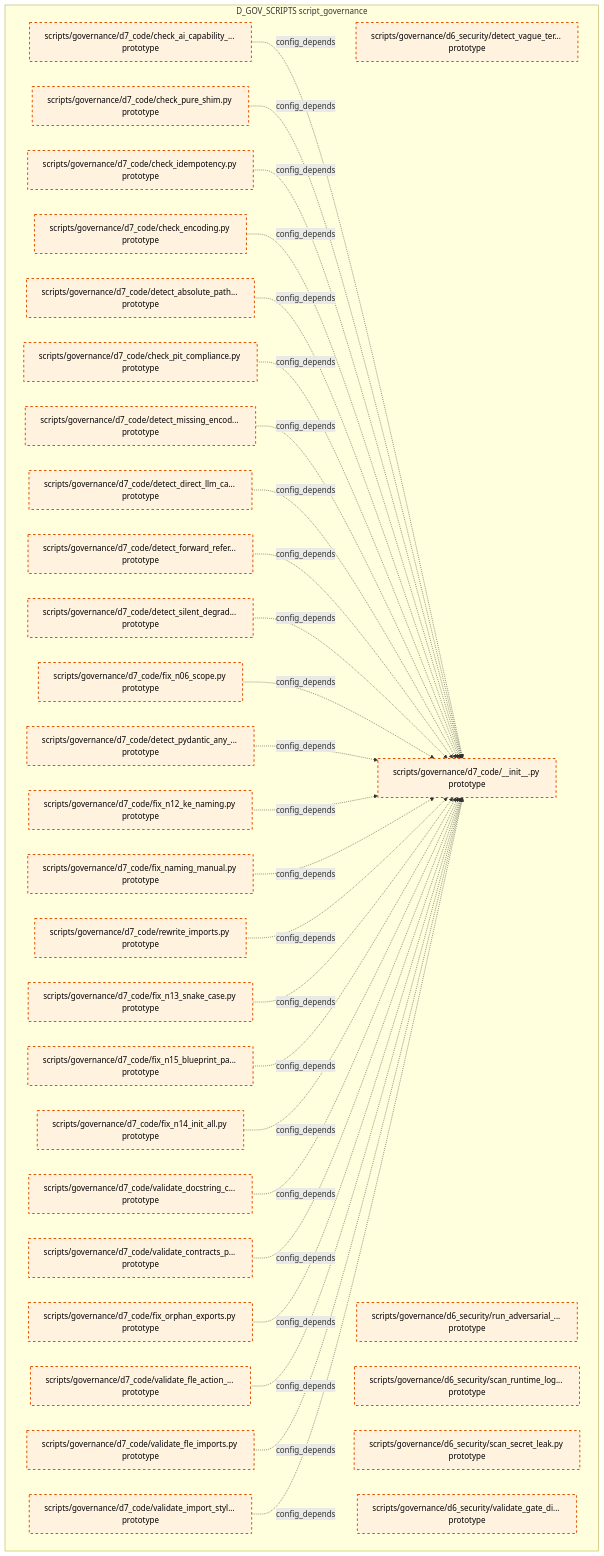
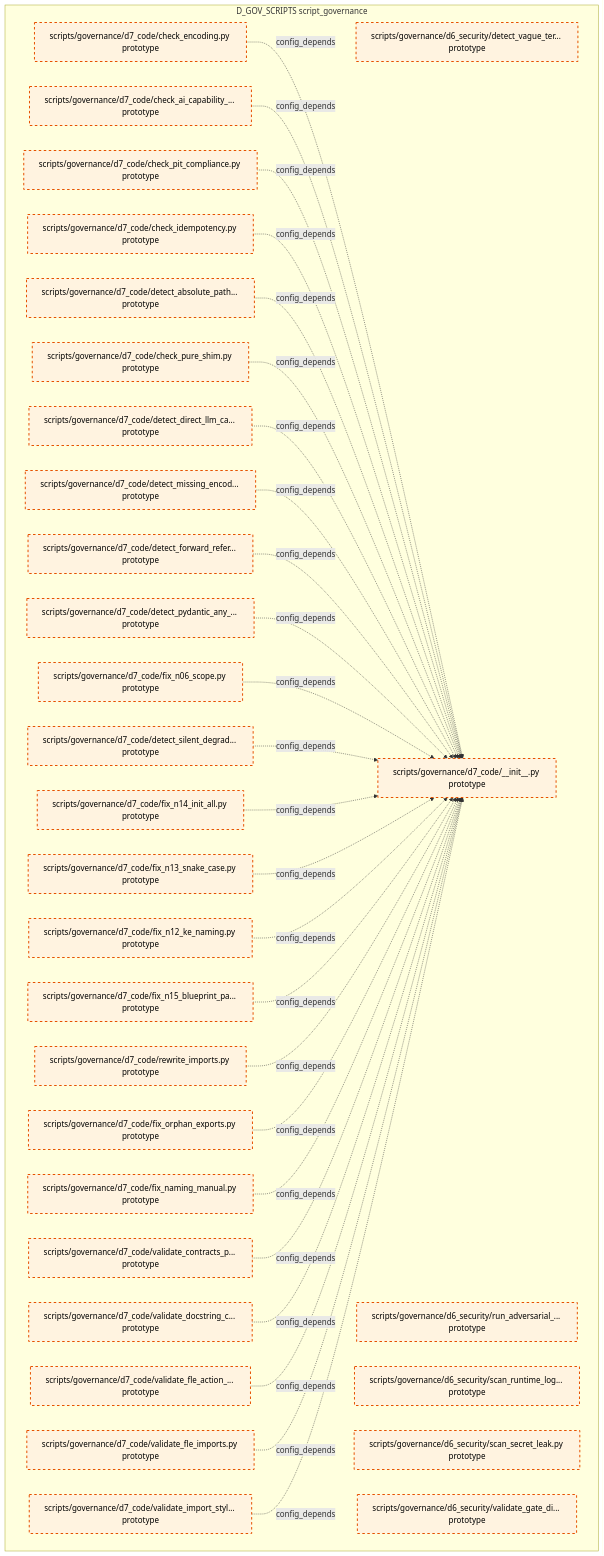
Before and after one commit to xuanFelixVan/ZephyrAlpha: the tenth of 15 diagrams in docs/02_enterprise_architecture/02_domain_architecture_docs/37_d_gov_scripts.md, drawn with Mermaid. The commit also changed other lines of this file and 97 other files, not shown here.

````diff
--- a/docs/02_enterprise_architecture/02_domain_architecture_docs/37_d_gov_scripts.md
+++ b/docs/02_enterprise_architecture/02_domain_architecture_docs/37_d_gov_scripts.md
@@ -698,64 +697,64 @@
 ```mermaid
 graph TD
     subgraph D_GOV_SCRIPTS["D_GOV_SCRIPTS script_governance"]
         scripts_governance_d6_security_detect_vague_terms_py["scripts/governance/d6_security/detect_vague_ter... prototype"]
         scripts_governance_d6_security_run_adversarial_checks_py["scripts/governance/d6_security/run_adversarial_... prototype"]
         scripts_governance_d6_security_scan_runtime_log_secrets_py["scripts/governance/d6_security/scan_runtime_log... prototype"]
         scripts_governance_d6_security_scan_secret_leak_py["scripts/governance/d6_security/scan_secret_leak.py prototype"]
         scripts_governance_d6_security_validate_gate_discipline_py["scripts/governance/d6_security/validate_gate_di... prototype"]
         scripts_governance_d7_code_init_py["scripts/governance/d7_code/__init__.py prototype"]
         scripts_governance_d7_code_check_ai_capability_boundary_py["scripts/governance/d7_code/check_ai_capability_... prototype"]
         scripts_governance_d7_code_check_encoding_py["scripts/governance/d7_code/check_encoding.py prototype"]
         scripts_governance_d7_code_check_idempotency_py["scripts/governance/d7_code/check_idempotency.py prototype"]
         scripts_governance_d7_code_check_pit_compliance_py["scripts/governance/d7_code/check_pit_compliance.py prototype"]
         scripts_governance_d7_code_check_pure_shim_py["scripts/governance/d7_code/check_pure_shim.py prototype"]
         scripts_governance_d7_code_detect_absolute_path_hardcoding_py["scripts/governance/d7_code/detect_absolute_path... prototype"]
         scripts_governance_d7_code_detect_direct_llm_calls_py["scripts/governance/d7_code/detect_direct_llm_ca... prototype"]
         scripts_governance_d7_code_detect_forward_reference_py["scripts/governance/d7_code/detect_forward_refer... prototype"]
         scripts_governance_d7_code_detect_missing_encoding_py["scripts/governance/d7_code/detect_missing_encod... prototype"]
         scripts_governance_d7_code_detect_pydantic_any_fields_py["scripts/governance/d7_code/detect_pydantic_any_... prototype"]
         scripts_governance_d7_code_detect_silent_degradation_py["scripts/governance/d7_code/detect_silent_degrad... prototype"]
         scripts_governance_d7_code_fix_n06_scope_py["scripts/governance/d7_code/fix_n06_scope.py prototype"]
         scripts_governance_d7_code_fix_n12_ke_naming_py["scripts/governance/d7_code/fix_n12_ke_naming.py prototype"]
         scripts_governance_d7_code_fix_n13_snake_case_py["scripts/governance/d7_code/fix_n13_snake_case.py prototype"]
         scripts_governance_d7_code_fix_n14_init_all_py["scripts/governance/d7_code/fix_n14_init_all.py prototype"]
         scripts_governance_d7_code_fix_n15_blueprint_path_py["scripts/governance/d7_code/fix_n15_blueprint_pa... prototype"]
         scripts_governance_d7_code_fix_naming_manual_py["scripts/governance/d7_code/fix_naming_manual.py prototype"]
         scripts_governance_d7_code_fix_orphan_exports_py["scripts/governance/d7_code/fix_orphan_exports.py prototype"]
         scripts_governance_d7_code_rewrite_imports_py["scripts/governance/d7_code/rewrite_imports.py prototype"]
         scripts_governance_d7_code_validate_contracts_purity_py["scripts/governance/d7_code/validate_contracts_p... prototype"]
         scripts_governance_d7_code_validate_docstring_coverage_py["scripts/governance/d7_code/validate_docstring_c... prototype"]
         scripts_governance_d7_code_validate_fle_action_metadata_py["scripts/governance/d7_code/validate_fle_action_... prototype"]
         scripts_governance_d7_code_validate_fle_imports_py["scripts/governance/d7_code/validate_fle_imports.py prototype"]
         scripts_governance_d7_code_validate_import_style_py["scripts/governance/d7_code/validate_import_styl... prototype"]
     end
+    scripts_governance_d7_code_check_encoding_py -.->|config_depends| scripts_governance_d7_code_init_py
     scripts_governance_d7_code_check_ai_capability_boundary_py -.->|config_depends| scripts_governance_d7_code_init_py
+    scripts_governance_d7_code_check_pit_compliance_py -.->|config_depends| scripts_governance_d7_code_init_py
+    scripts_governance_d7_code_check_idempotency_py -.->|config_depends| scripts_governance_d7_code_init_py
+    scripts_governance_d7_code_detect_absolute_path_hardcoding_py -.->|config_depends| scripts_governance_d7_code_init_py
     scripts_governance_d7_code_check_pure_shim_py -.->|config_depends| scripts_governance_d7_code_init_py
-    scripts_governance_d7_code_check_idempotency_py -.->|config_depends| scripts_governance_d7_code_init_py
-    scripts_governance_d7_code_check_encoding_py -.->|config_depends| scripts_governance_d7_code_init_py
-    scripts_governance_d7_code_detect_absolute_path_hardcoding_py -.->|config_depends| scripts_governance_d7_code_init_py
-    scripts_governance_d7_code_check_pit_compliance_py -.->|config_depends| scripts_governance_d7_code_init_py
+    scripts_governance_d7_code_detect_direct_llm_calls_py -.->|config_depends| scripts_governance_d7_code_init_py
     scripts_governance_d7_code_detect_missing_encoding_py -.->|config_depends| scripts_governance_d7_code_init_py
-    scripts_governance_d7_code_detect_direct_llm_calls_py -.->|config_depends| scripts_governance_d7_code_init_py
     scripts_governance_d7_code_detect_forward_reference_py -.->|config_depends| scripts_governance_d7_code_init_py
+    scripts_governance_d7_code_detect_pydantic_any_fields_py -.->|config_depends| scripts_governance_d7_code_init_py
+    scripts_governance_d7_code_fix_n06_scope_py -.->|config_depends| scripts_governance_d7_code_init_py
     scripts_governance_d7_code_detect_silent_degradation_py -.->|config_depends| scripts_governance_d7_code_init_py
-    scripts_governance_d7_code_fix_n06_scope_py -.->|config_depends| scripts_governance_d7_code_init_py
-    scripts_governance_d7_code_detect_pydantic_any_fields_py -.->|config_depends| scripts_governance_d7_code_init_py
+    scripts_governance_d7_code_fix_n14_init_all_py -.->|config_depends| scripts_governance_d7_code_init_py
+    scripts_governance_d7_code_fix_n13_snake_case_py -.->|config_depends| scripts_governance_d7_code_init_py
     scripts_governance_d7_code_fix_n12_ke_naming_py -.->|config_depends| scripts_governance_d7_code_init_py
+    scripts_governance_d7_code_fix_n15_blueprint_path_py -.->|config_depends| scripts_governance_d7_code_init_py
+    scripts_governance_d7_code_rewrite_imports_py -.->|config_depends| scripts_governance_d7_code_init_py
+    scripts_governance_d7_code_fix_orphan_exports_py -.->|config_depends| scripts_governance_d7_code_init_py
     scripts_governance_d7_code_fix_naming_manual_py -.->|config_depends| scripts_governance_d7_code_init_py
-    scripts_governance_d7_code_rewrite_imports_py -.->|config_depends| scripts_governance_d7_code_init_py
-    scripts_governance_d7_code_fix_n13_snake_case_py -.->|config_depends| scripts_governance_d7_code_init_py
-    scripts_governance_d7_code_fix_n15_blueprint_path_py -.->|config_depends| scripts_governance_d7_code_init_py
-    scripts_governance_d7_code_fix_n14_init_all_py -.->|config_depends| scripts_governance_d7_code_init_py
+    scripts_governance_d7_code_validate_contracts_purity_py -.->|config_depends| scripts_governance_d7_code_init_py
     scripts_governance_d7_code_validate_docstring_coverage_py -.->|config_depends| scripts_governance_d7_code_init_py
-    scripts_governance_d7_code_validate_contracts_purity_py -.->|config_depends| scripts_governance_d7_code_init_py
-    scripts_governance_d7_code_fix_orphan_exports_py -.->|config_depends| scripts_governance_d7_code_init_py
     scripts_governance_d7_code_validate_fle_action_metadata_py -.->|config_depends| scripts_governance_d7_code_init_py
     scripts_governance_d7_code_validate_fle_imports_py -.->|config_depends| scripts_governance_d7_code_init_py
     scripts_governance_d7_code_validate_import_style_py -.->|config_depends| scripts_governance_d7_code_init_py
     classDef production fill:#e1f5fe,stroke:#01579b,stroke-width:2px,color:#000
     classDef design fill:#fff3e0,stroke:#e65100,stroke-width:2px,color:#000,stroke-dasharray: 5 5
     classDef external_prod fill:#e8f5e9,stroke:#1b5e20,stroke-width:1px,color:#000
     classDef external_design fill:#fce4ec,stroke:#880e4f,stroke-width:1px,color:#000,stroke-dasharray: 5 5
     class scripts_governance_d6_security_detect_vague_terms_py,scripts_governance_d6_security_run_adversarial_checks_py,scripts_governance_d6_security_scan_runtime_log_secrets_py,scripts_governance_d6_security_scan_secret_leak_py,scripts_governance_d6_security_validate_gate_discipline_py,scripts_governance_d7_code_init_py,scripts_governance_d7_code_check_ai_capability_boundary_py,scripts_governance_d7_code_check_encoding_py,scripts_governance_d7_code_check_idempotency_py,scripts_governance_d7_code_check_pit_compliance_py,scripts_governance_d7_code_check_pure_shim_py,scripts_governance_d7_code_detect_absolute_path_hardcoding_py,scripts_governance_d7_code_detect_direct_llm_calls_py,scripts_governance_d7_code_detect_forward_reference_py,scripts_governance_d7_code_detect_missing_encoding_py,scripts_governance_d7_code_detect_pydantic_any_fields_py,scripts_governance_d7_code_detect_silent_degradation_py,scripts_governance_d7_code_fix_n06_scope_py,scripts_governance_d7_code_fix_n12_ke_naming_py,scripts_governance_d7_code_fix_n13_snake_case_py,scripts_governance_d7_code_fix_n14_init_all_py,scripts_governance_d7_code_fix_n15_blueprint_path_py,scripts_governance_d7_code_fix_naming_manual_py,scripts_governance_d7_code_fix_orphan_exports_py,scripts_governance_d7_code_rewrite_imports_py,scripts_governance_d7_code_validate_contracts_purity_py,scripts_governance_d7_code_validate_docstring_coverage_py,scripts_governance_d7_code_validate_fle_action_metadata_py,scripts_governance_d7_code_validate_fle_imports_py,scripts_governance_d7_code_validate_import_style_py design
 ```
````
